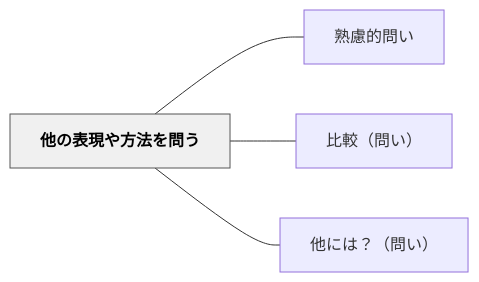
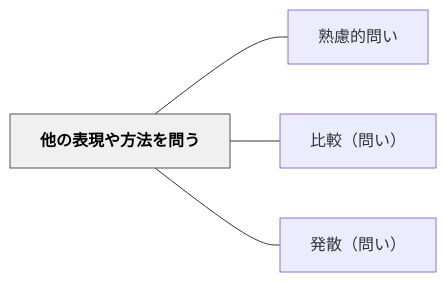
One commit to unknownthings-ed-patterns/unknownthings-ed-patterns changed the diagram in content/パタン/他の表現や方法を問う.md. Above: the diagram before and after it, drawn with Mermaid. The commit also changed other lines of this file and 37 other files, not shown here.

````diff
--- a/content/パタン/他の表現や方法を問う.md
+++ b/content/パタン/他の表現や方法を問う.md
@@ -48,14 +48,14 @@
 ```mermaid
 flowchart LR
     ne4bb96e381aee8a1a8e78fbee38284e696b9e6b395e38292e5958fe38186["他の表現や方法を問う"]
     ne7869fe685aee79a84e5958fe38184["熟慮的問い"]
     ne6af94e8bc83efbc88e5958fe38184efbc89["比較（問い）"]
-    ne4bb96e381abe381afefbc9fefbc88e5958fe38184efbc89["他には？（問い）"]
+    ne799bae695a3efbc88e5958fe38184efbc89["発散（問い）"]
 
     ne4bb96e381aee8a1a8e78fbee38284e696b9e6b395e38292e5958fe38186 --- ne7869fe685aee79a84e5958fe38184
     ne4bb96e381aee8a1a8e78fbee38284e696b9e6b395e38292e5958fe38186 --- ne6af94e8bc83efbc88e5958fe38184efbc89
-    ne4bb96e381aee8a1a8e78fbee38284e696b9e6b395e38292e5958fe38186 --- ne4bb96e381abe381afefbc9fefbc88e5958fe38184efbc89
+    ne4bb96e381aee8a1a8e78fbee38284e696b9e6b395e38292e5958fe38186 --- ne799bae695a3efbc88e5958fe38184efbc89
 
     classDef hub fill:#f0f0f0,stroke:#555,color:#000,font-weight:bold
     class ne4bb96e381aee8a1a8e78fbee38284e696b9e6b395e38292e5958fe38186 hub
 ```
````
